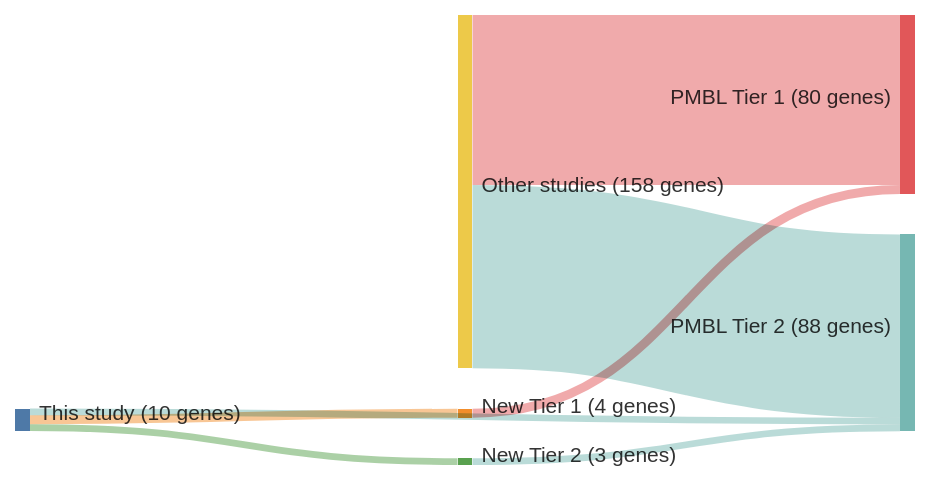
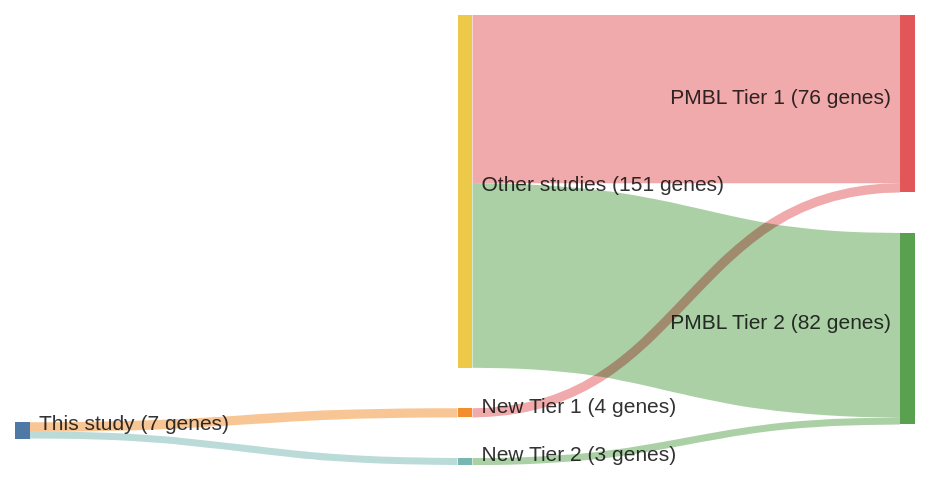
Before and after one commit to morinlab/lymphopedia: the diagram in papers/wienandGenomicAnalysesFlowsorted2019b.md, drawn with Mermaid. The commit also changed 81 other files, not shown here.

````diff
--- a/papers/wienandGenomicAnalysesFlowsorted2019b.md
+++ b/papers/wienandGenomicAnalysesFlowsorted2019b.md
@@ -12,21 +12,20 @@
 ```mermaid
 ---
 config:
     sankey:
         showValues: true
         linkColor: target
         width: 600
         height: 300
         nodeAlignment: right
         prefix: '('
         suffix: ' genes)'
 ---
 sankey-beta
 This study, New Tier 1, 4
 New Tier 1, PMBL Tier 1, 4
-This study, PMBL Tier 2, 3
 This study, New Tier 2, 3
 New Tier 2, PMBL Tier 2, 3
-Other studies, PMBL Tier 1, 76
-Other studies, PMBL Tier 2, 82
+Other studies, PMBL Tier 1, 72
+Other studies, PMBL Tier 2, 79
 ```
````
